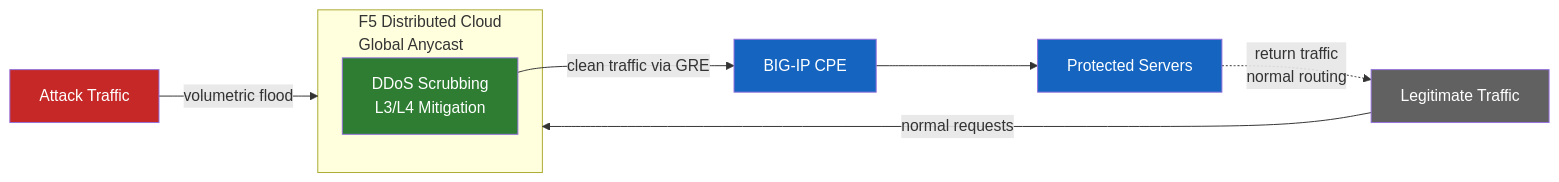
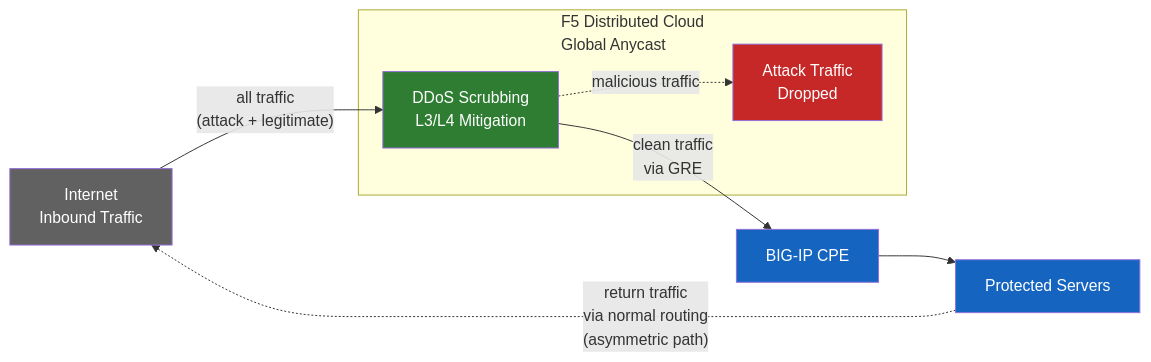
The first of 4 diagrams in README.md (robinmordasiewicz/f5xc-bigip-ddos-gre), drawn with Mermaid before and after one commit. The commit also changed other lines of this file, not shown here.

````diff
--- a/README.md
+++ b/README.md
@@ -17,24 +17,24 @@
 ```mermaid
 flowchart LR
-    ATK["Attack Traffic"]
-    LEGIT["Legitimate Traffic"]
+    INET["Internet<br/>Inbound Traffic"]
 
-    subgraph XC["F5 Distributed Cloud\nGlobal Anycast"]
-        SCRUB["DDoS Scrubbing\nL3/L4 Mitigation"]
+    subgraph XC["F5 Distributed Cloud<br/>Global Anycast"]
+        SCRUB["DDoS Scrubbing<br/>L3/L4 Mitigation"]
+        DROP["Attack Traffic<br/>Dropped"]
     end
 
     BIGIP["BIG-IP CPE"]
     SERVERS["Protected Servers"]
 
-    ATK -->|"volumetric flood"| XC
-    LEGIT -->|"normal requests"| XC
-    SCRUB -- "clean traffic via GRE" --> BIGIP
+    INET -->|"all traffic<br/>(attack + legitimate)"| SCRUB
+    SCRUB -->|"clean traffic<br/>via GRE"| BIGIP
+    SCRUB -.->|"malicious traffic"| DROP
     BIGIP --> SERVERS
-    SERVERS -.->|"return traffic\nnormal routing"| LEGIT
+    SERVERS -.->|"return traffic<br/>via normal routing<br/>(asymmetric path)"| INET
 
-    style ATK fill:#c62828,color:#fff
-    style LEGIT fill:#616161,color:#fff
+    style DROP fill:#c62828,color:#fff
+    style INET fill:#616161,color:#fff
     style SCRUB fill:#2e7d32,color:#fff
     style BIGIP fill:#1565c0,color:#fff
     style SERVERS fill:#1565c0,color:#fff
 ```
````
